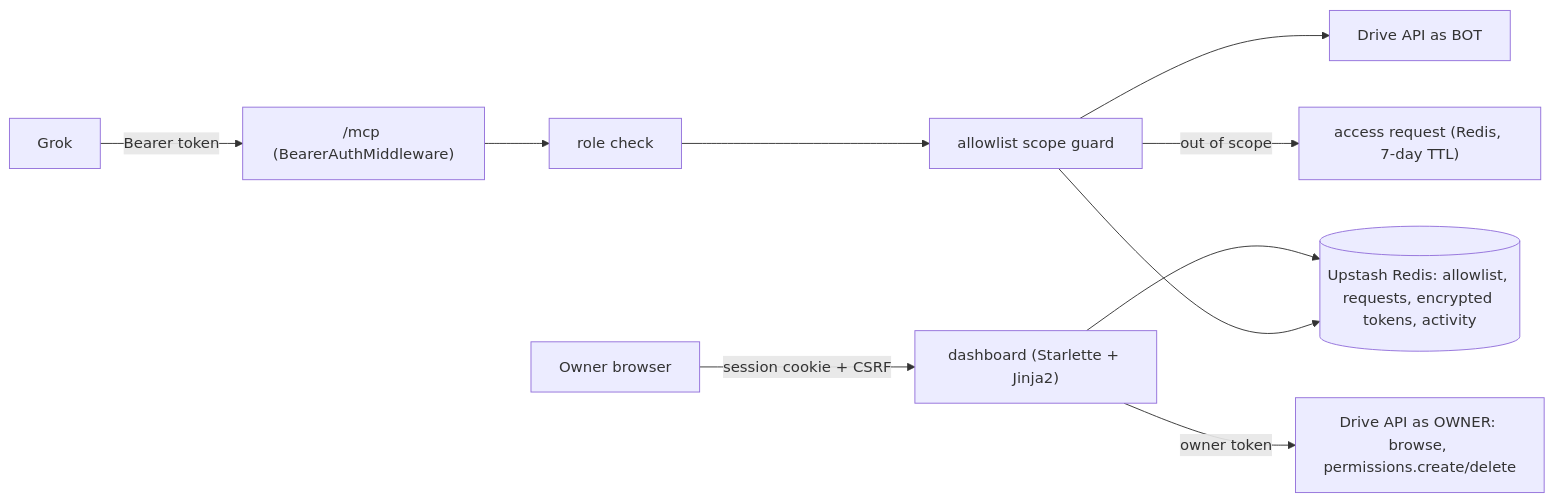
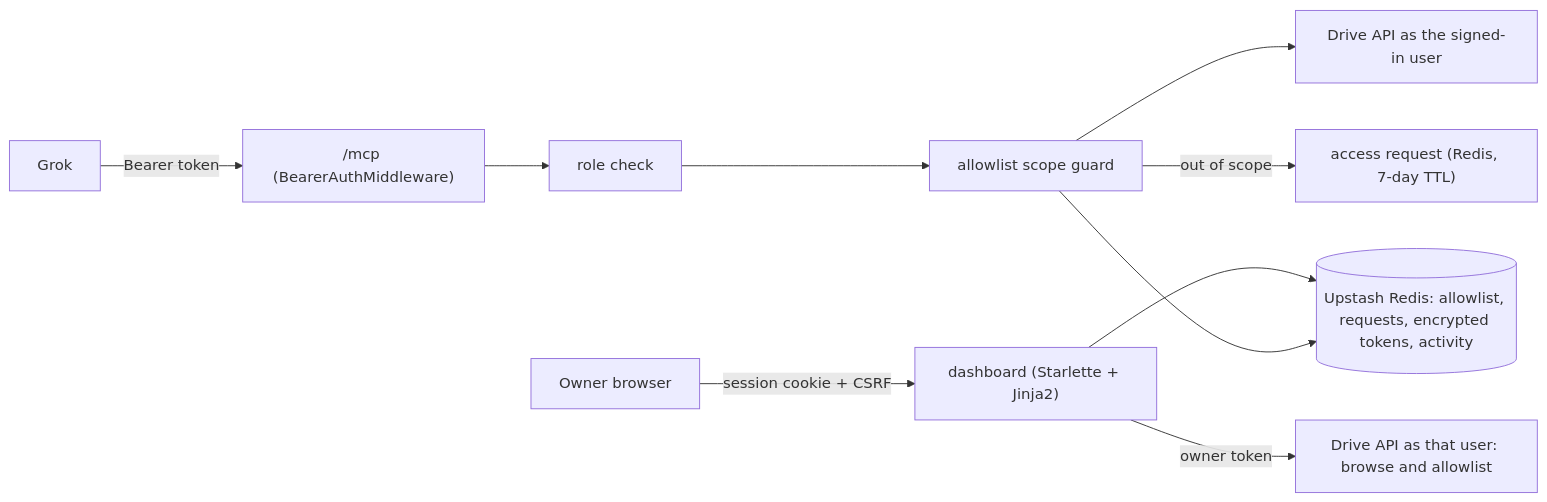
The third of 3 diagrams in docs/PLAN.md (parthit/scoped-drive-mcp), drawn with Mermaid before and after one commit. The commit also changed other lines of this file and 23 other files, not shown here.

Commit message:
Drop the separate bot account so Drive calls use the signed-in user.

````diff
--- a/docs/PLAN.md
+++ b/docs/PLAN.md
@@ -138,10 +138,10 @@
 ```mermaid
 flowchart LR
     Grok -->|"Bearer token"| MCP["/mcp (BearerAuthMiddleware)"]
-    MCP --> Role["role check"] --> Guard["allowlist scope guard"] --> BotDrive["Drive API as BOT"]
+    MCP --> Role["role check"] --> Guard["allowlist scope guard"] --> UserDrive["Drive API as the signed-in user"]
     Guard -->|"out of scope"| Req["access request (Redis, 7-day TTL)"]
     Owner["Owner browser"] -->|"session cookie + CSRF"| Dash["dashboard (Starlette + Jinja2)"]
-    Dash -->|"owner token"| OwnerDrive["Drive API as OWNER: browse, permissions.create/delete"]
+    Dash -->|"owner token"| OwnerDrive["Drive API as that user: browse and allowlist"]
     Dash --> Redis[("Upstash Redis: allowlist, requests, encrypted tokens, activity")]
     Guard --> Redis
 ```
````
